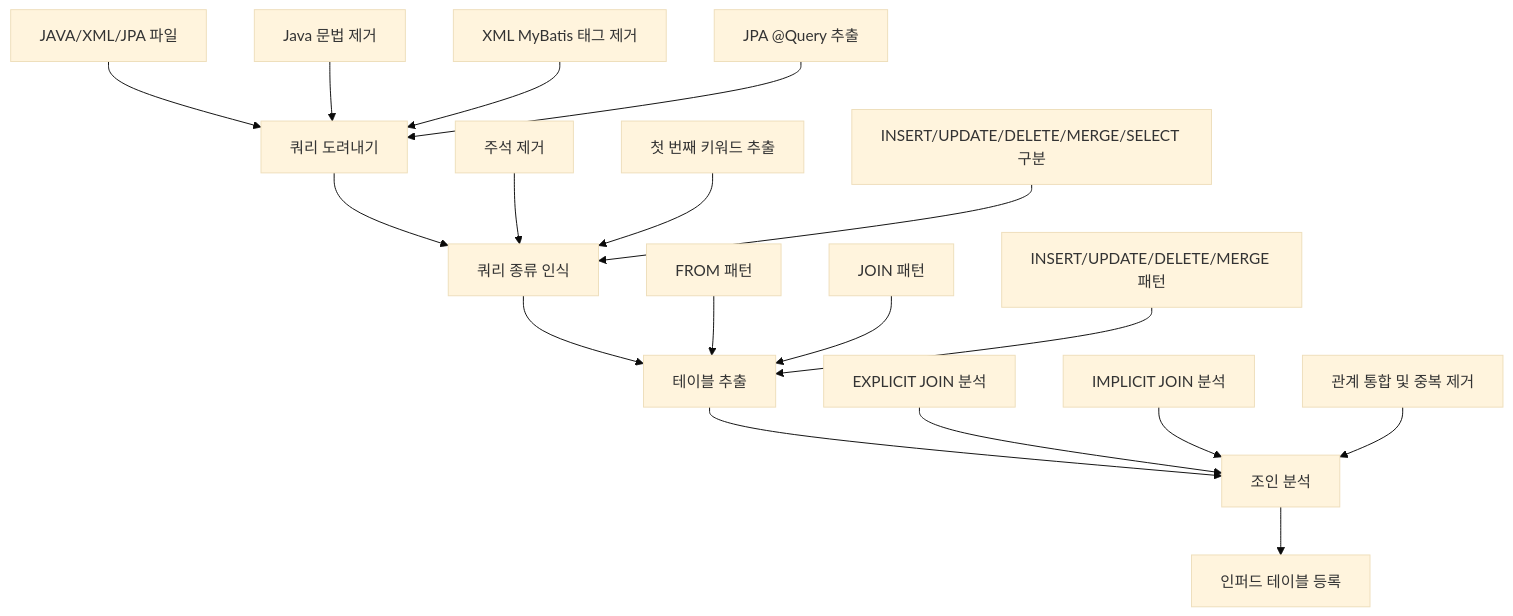
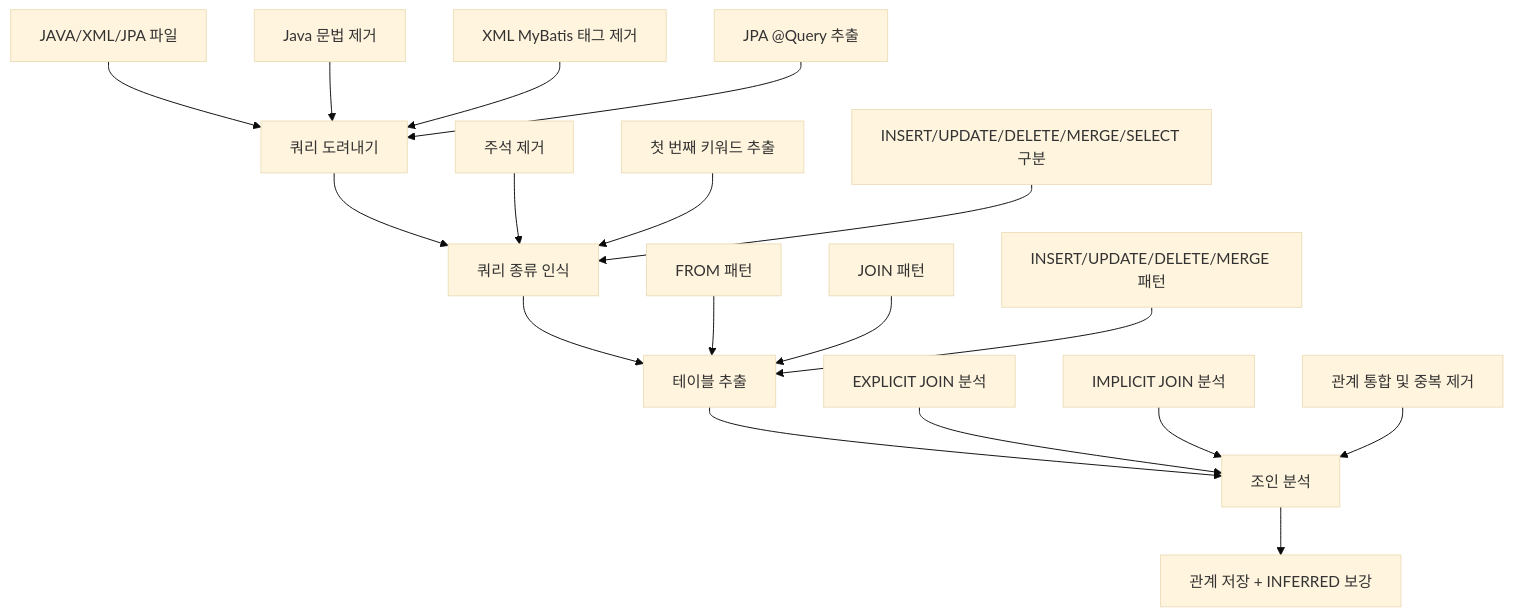
The first of 5 diagrams in docs/07.SQL공통파서_구현서.md (kumtaek/CreateMetaDb), drawn with Mermaid (base theme) before and after one commit. The commit also changed other lines of this file and 127 other files, not shown here.

````diff
--- a/docs/07.SQL공통파서_구현서.md
+++ b/docs/07.SQL공통파서_구현서.md
@@ -94,24 +94,24 @@
 ```mermaid
 flowchart TD
     A[JAVA/XML/JPA 파일] --> B[쿼리 도려내기]
     B --> C[쿼리 종류 인식]
     C --> D[테이블 추출]
     D --> E[조인 분석]
-    E --> F[인퍼드 테이블 등록]
+    E --> F[관계 저장 + INFERRED 보강]
     
     B1[Java 문법 제거] --> B
     B2[XML MyBatis 태그 제거] --> B
     B3[JPA @Query 추출] --> B
     
     C1[주석 제거] --> C
     C2[첫 번째 키워드 추출] --> C
     C3[INSERT/UPDATE/DELETE/MERGE/SELECT 구분] --> C
     
     D1[FROM 패턴] --> D
     D2[JOIN 패턴] --> D
     D3[INSERT/UPDATE/DELETE/MERGE 패턴] --> D
     
     E1[EXPLICIT JOIN 분석] --> E
     E2[IMPLICIT JOIN 분석] --> E
     E3[관계 통합 및 중복 제거] --> E
 ```
````
